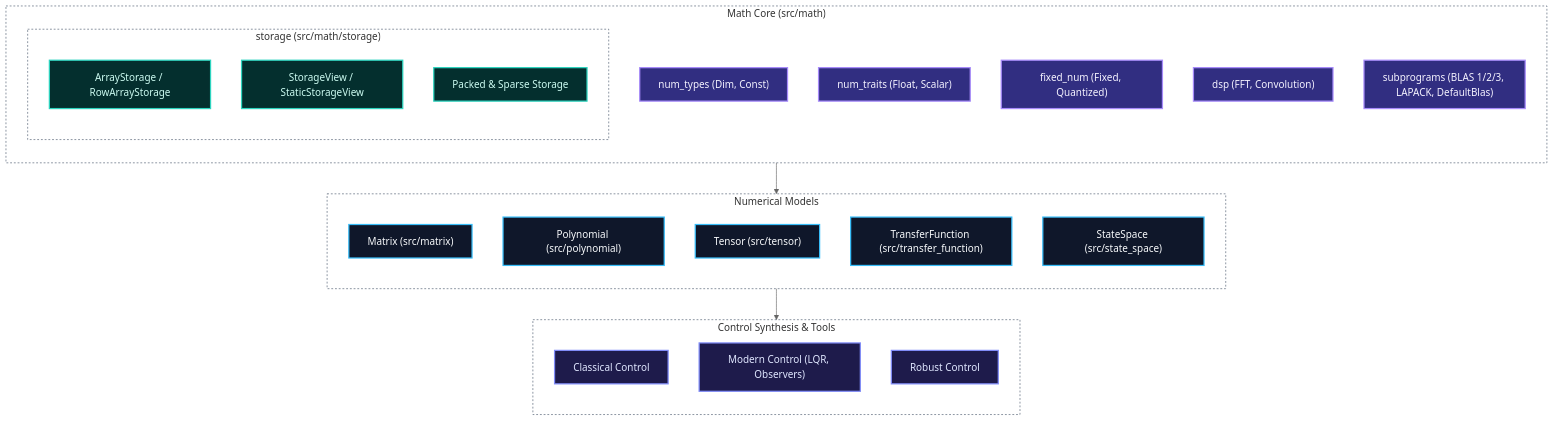
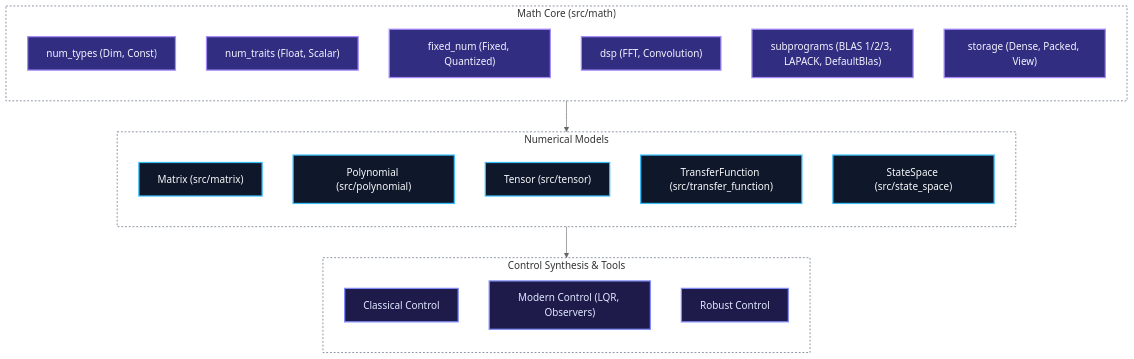
One commit to Dyse-Industries/control-rs changed the diagram in README.md. Above: the diagram before and after it, drawn with Mermaid (neutral theme). The commit also changed other lines of this file, not shown here.

````diff
--- a/README.md
+++ b/README.md
@@ -29,50 +41,41 @@
 ```mermaid
 ---
 config:
   layout: dagre
 ---
 flowchart TB
     subgraph Math["Math Core (src/math)"]
         direction TB
         NumTypes["num_types (Dim, Const)"]:::external
         NumTraits["num_traits (Float, Scalar)"]:::external
         FixedNum["fixed_num (Fixed, Quantized)"]:::external
         DspCore["dsp (FFT, Convolution)"]:::external
         Subprograms["subprograms (BLAS 1/2/3, LAPACK, DefaultBlas)"]:::external
-
-        subgraph Storage["storage (src/math/storage)"]
-            direction TB
-            ArrayStorage["ArrayStorage / RowArrayStorage"]:::storage
-            StorageView["StorageView / StaticStorageView"]:::storage
-            PackedSparse["Packed & Sparse Storage"]:::storage
-        end
+        Storage["storage (Dense, Packed, View)"]:::external
     end
 
     subgraph Models["Numerical Models"]
         direction TB
         Matrix["Matrix (src/matrix)"]:::core
         Polynomial["Polynomial (src/polynomial)"]:::core
         Tensor["Tensor (src/tensor)"]:::core
         TransferFunction["TransferFunction (src/transfer_function)"]:::core
         StateSpace["StateSpace (src/state_space)"]:::core
     end
 
     subgraph Tools["Control Synthesis & Tools"]
         direction TB
         Classical["Classical Control"]:::tools
         Modern["Modern Control (LQR, Observers)"]:::tools
         Robust["Robust Control"]:::tools
     end
 
     Math --> Models
     Models --> Tools
-
     classDef core fill: #0f172a, stroke: #38bdf8, stroke-width: 2px, color: #f8fafc
-    classDef storage fill: #042f2e, stroke: #2dd4bf, stroke-width: 2px, color: #ccfbf1
     classDef external fill: #312e81, stroke: #a78bfa, stroke-width: 2px, color: #f5f3ff
     classDef tools fill: #1e1b4b, stroke: #818cf8, stroke-width: 2px, color: #e0e7ff
     style Models fill: transparent, stroke: #475569, stroke-width: 1px, stroke-dasharray: 3 3
     style Math fill: transparent, stroke: #475569, stroke-width: 1px, stroke-dasharray: 3 3
-    style Storage fill: transparent, stroke: #475569, stroke-width: 1px, stroke-dasharray: 3 3
     style Tools fill: transparent, stroke: #475569, stroke-width: 1px, stroke-dasharray: 3 3
 ```
````
